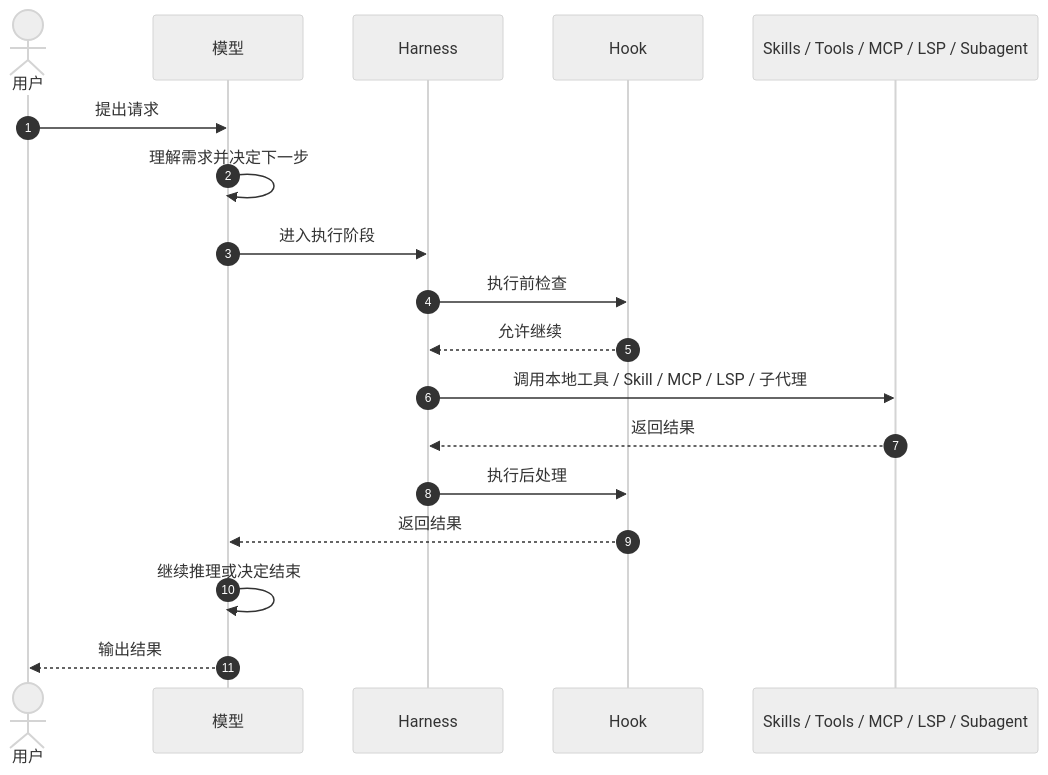
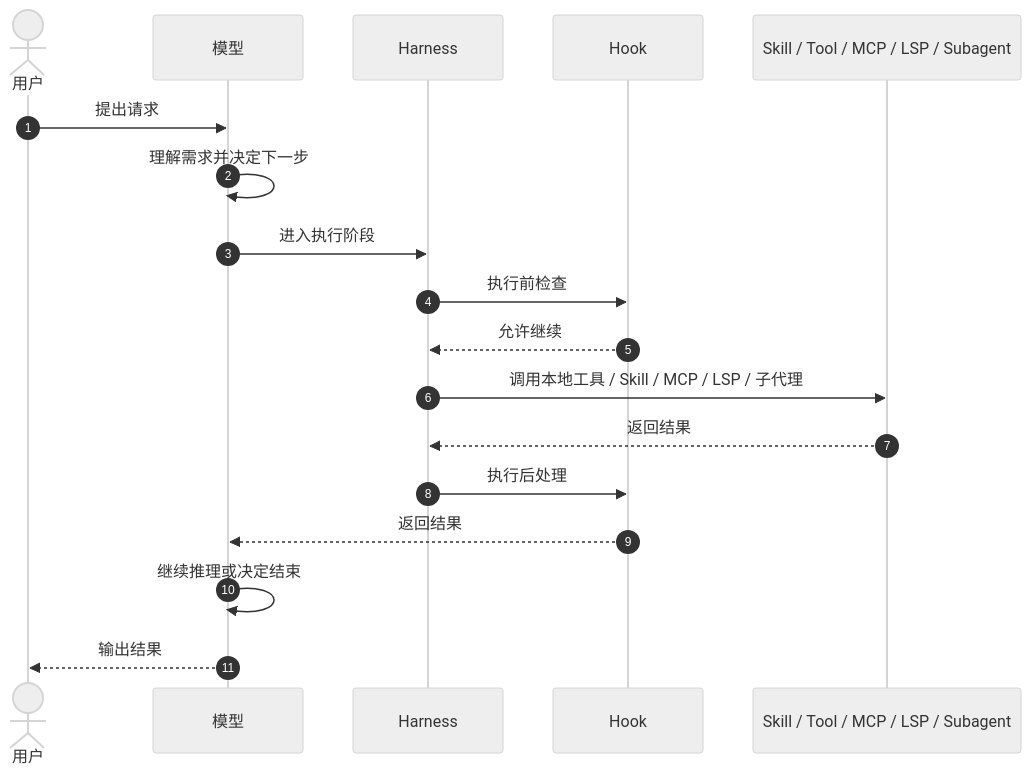
One commit to boycecong-hue/OCTOPUS-GAME-AI-SHARE changed the first of 8 diagrams in sections/02-terms.md. Above: the diagram before and after it, drawn with Mermaid (neutral theme). The commit also changed other lines of this file, not shown here.

````diff
--- a/sections/02-terms.md
+++ b/sections/02-terms.md
@@ -44,21 +44,21 @@
 ```mermaid
 sequenceDiagram
     autonumber
     actor User as 用户
     participant Model as 模型
     participant Harness as Harness
     participant Hook as Hook
-    participant Capability as Skills / Tools / MCP / LSP / Subagent
+    participant Capability as Skill / Tool / MCP / LSP / Subagent
 
     User->>Model: 提出请求
     Model->>Model: 理解需求并决定下一步
     Model->>Harness: 进入执行阶段
     Harness->>Hook: 执行前检查
     Hook-->>Harness: 允许继续
     Harness->>Capability: 调用本地工具 / Skill / MCP / LSP / 子代理
     Capability-->>Harness: 返回结果
     Harness->>Hook: 执行后处理
     Hook-->>Model: 返回结果
     Model->>Model: 继续推理或决定结束
     Model-->>User: 输出结果
 ```
````
